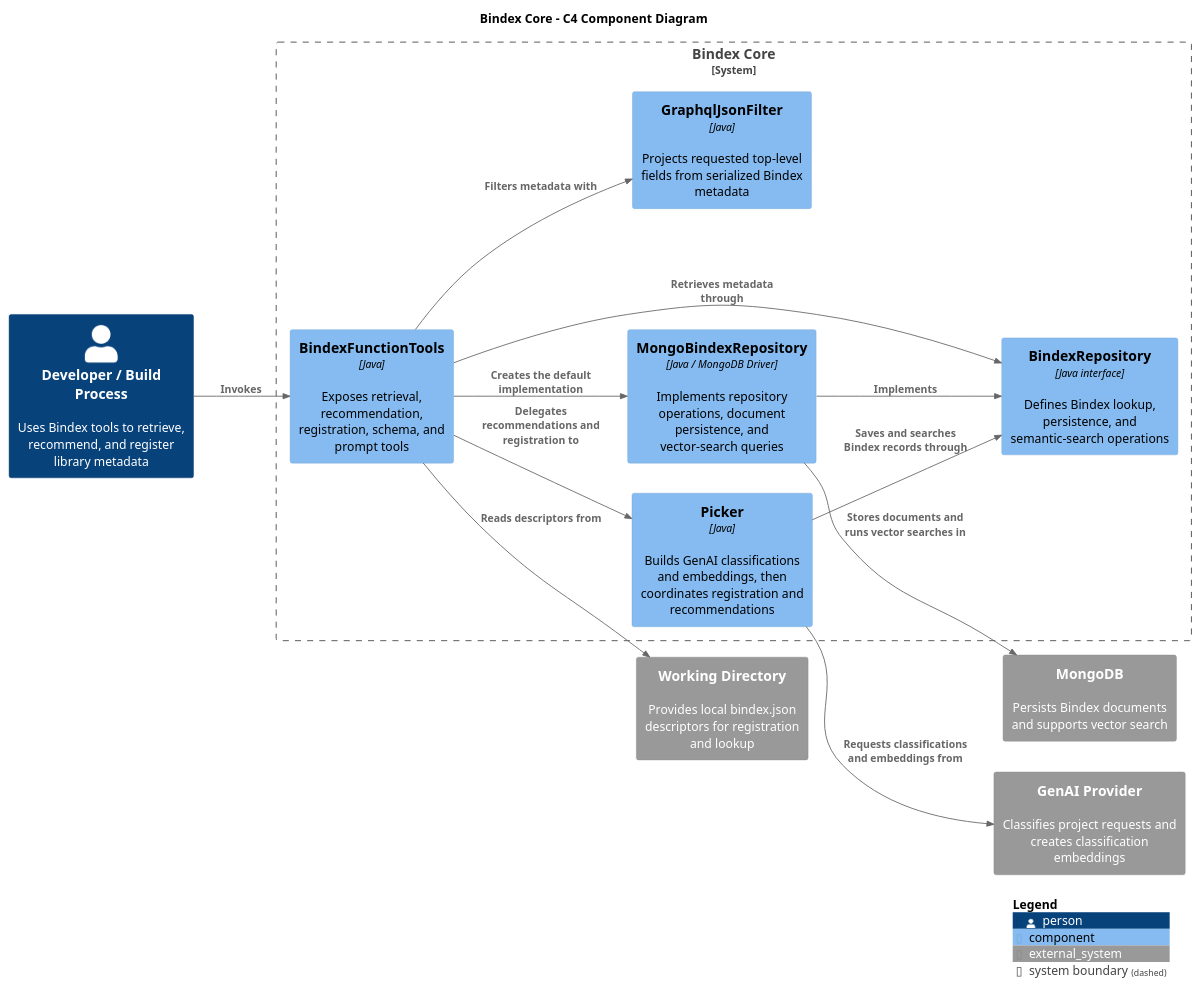
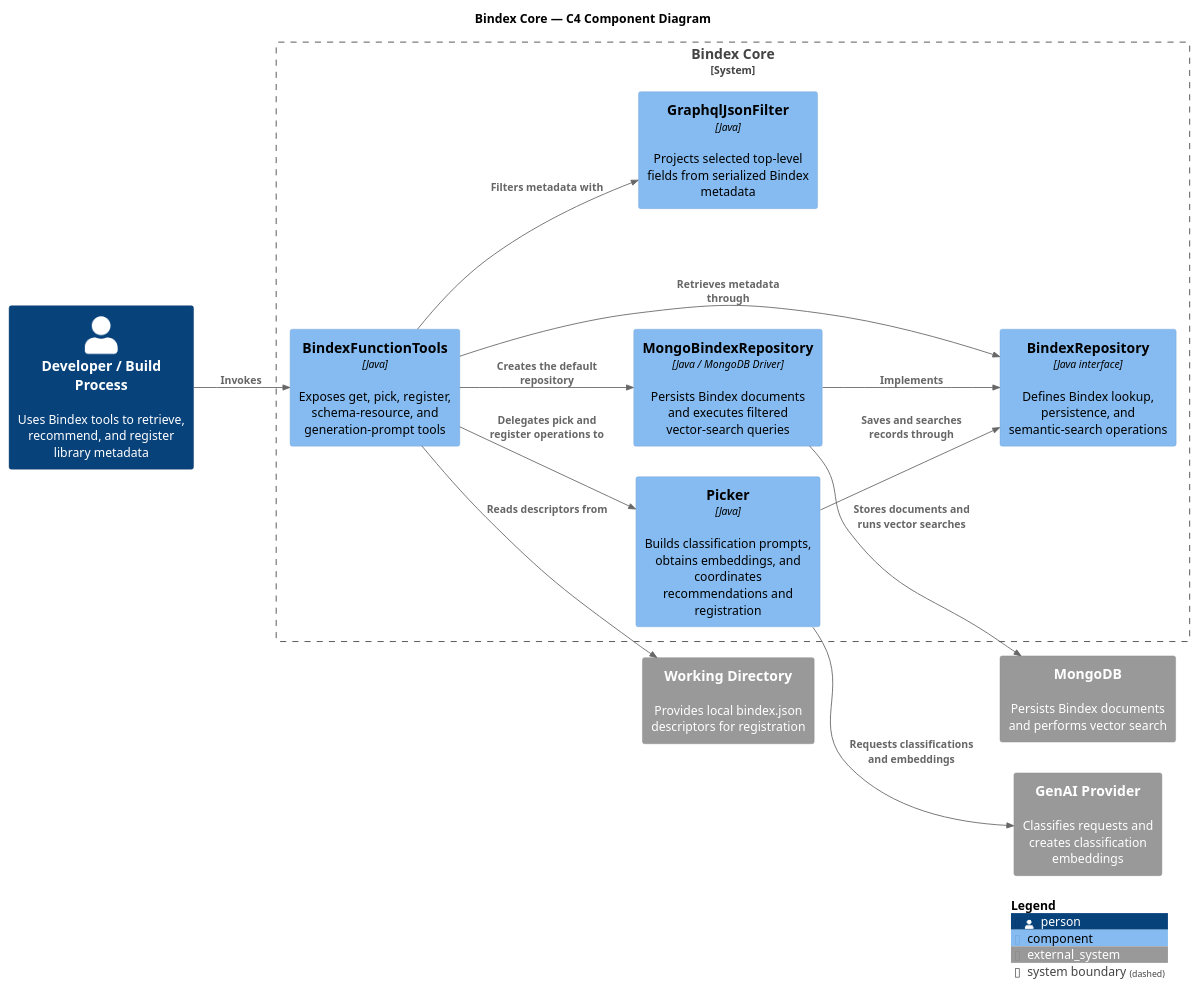
Before and after one commit to machanism-org/bindex-core: the diagram in src/site/puml/c4-diagram.puml, drawn with PlantUML. The commit also changed 2 other files, not shown here.

```diff
--- a/src/site/puml/c4-diagram.puml
+++ b/src/site/puml/c4-diagram.puml
@@ -10,33 +10,33 @@
 @startuml
 !includeurl https://raw.githubusercontent.com/plantuml-stdlib/C4-PlantUML/master/C4_Component.puml
 
 LAYOUT_LEFT_RIGHT()
 
-title Bindex Core - C4 Component Diagram
+title Bindex Core — C4 Component Diagram
 
 Person(user, "Developer / Build Process", "Uses Bindex tools to retrieve, recommend, and register library metadata")
-System_Ext(fileSystem, "Working Directory", "Provides local bindex.json descriptors for registration and lookup")
-System_Ext(genaiProvider, "GenAI Provider", "Classifies project requests and creates classification embeddings")
-System_Ext(mongodb, "MongoDB", "Persists Bindex documents and supports vector search")
+System_Ext(fileSystem, "Working Directory", "Provides local bindex.json descriptors for registration")
+System_Ext(genaiProvider, "GenAI Provider", "Classifies requests and creates classification embeddings")
+System_Ext(mongodb, "MongoDB", "Persists Bindex documents and performs vector search")
 
 System_Boundary(bindexCore, "Bindex Core") {
-  Component(bindexFunctionTools, "BindexFunctionTools", "Java", "Exposes retrieval, recommendation, registration, schema, and prompt tools")
-  Component(graphqlJsonFilter, "GraphqlJsonFilter", "Java", "Projects requested top-level fields from serialized Bindex metadata")
-  Component(picker, "Picker", "Java", "Builds GenAI classifications and embeddings, then coordinates registration and recommendations")
+  Component(bindexFunctionTools, "BindexFunctionTools", "Java", "Exposes get, pick, register, schema-resource, and generation-prompt tools")
+  Component(graphqlJsonFilter, "GraphqlJsonFilter", "Java", "Projects selected top-level fields from serialized Bindex metadata")
+  Component(picker, "Picker", "Java", "Builds classification prompts, obtains embeddings, and coordinates recommendations and registration")
   Component(repository, "BindexRepository", "Java interface", "Defines Bindex lookup, persistence, and semantic-search operations")
-  Component(mongoRepository, "MongoBindexRepository", "Java / MongoDB Driver", "Implements repository operations, document persistence, and vector-search queries")
+  Component(mongoRepository, "MongoBindexRepository", "Java / MongoDB Driver", "Persists Bindex documents and executes filtered vector-search queries")
 }
 
 Rel(user, bindexFunctionTools, "Invokes")
 Rel(bindexFunctionTools, fileSystem, "Reads descriptors from")
 Rel(bindexFunctionTools, graphqlJsonFilter, "Filters metadata with")
-Rel(bindexFunctionTools, picker, "Delegates recommendations and registration to")
+Rel(bindexFunctionTools, picker, "Delegates pick and register operations to")
 Rel(bindexFunctionTools, repository, "Retrieves metadata through")
-Rel(bindexFunctionTools, mongoRepository, "Creates the default implementation")
-Rel(picker, genaiProvider, "Requests classifications and embeddings from")
-Rel(picker, repository, "Saves and searches Bindex records through")
+Rel(bindexFunctionTools, mongoRepository, "Creates the default repository")
+Rel(picker, genaiProvider, "Requests classifications and embeddings")
+Rel(picker, repository, "Saves and searches records through")
 Rel(mongoRepository, repository, "Implements")
-Rel(mongoRepository, mongodb, "Stores documents and runs vector searches in")
+Rel(mongoRepository, mongodb, "Stores documents and runs vector searches")
 
 SHOW_LEGEND()
 @enduml
```
